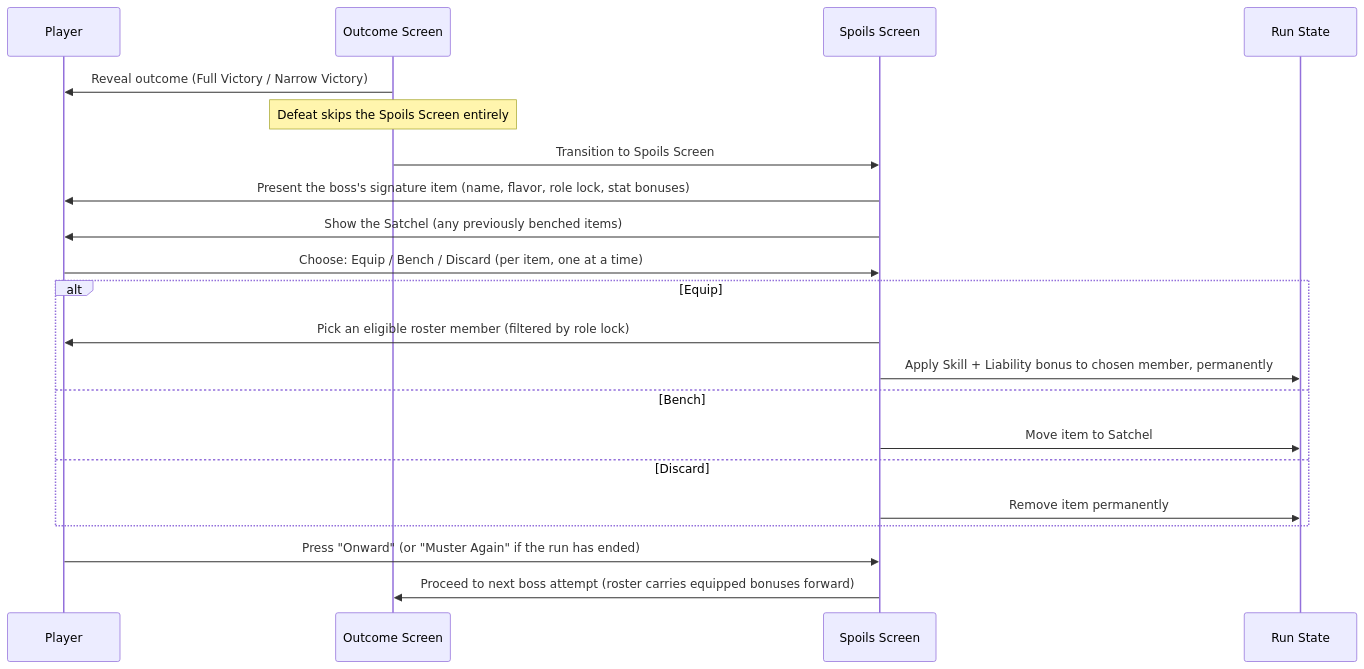
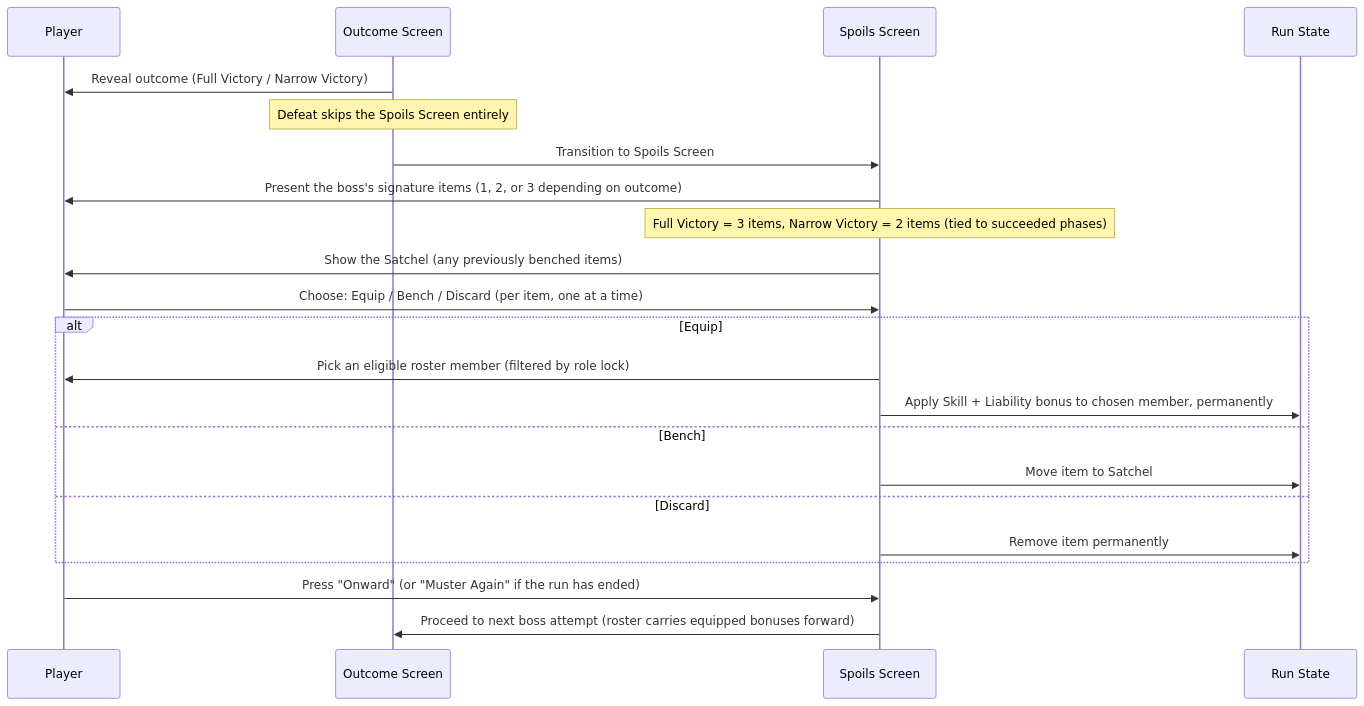
The diagram in docs/features/v2/components/loot.md (g-trinh/raid-manager), drawn with Mermaid before and after one commit. The commit also changed other lines of this file and 2 other files, not shown here.

First line of the commit message:
design(loot): expand signature loot to 3 items per boss, drop count by outcome

````diff
--- a/docs/features/v2/components/loot.md
+++ b/docs/features/v2/components/loot.md
@@ -154,24 +217,25 @@
 ```mermaid
 sequenceDiagram
     participant P as Player
     participant OS as Outcome Screen
     participant SS as Spoils Screen
     participant RS as Run State
 
     OS->>P: Reveal outcome (Full Victory / Narrow Victory)
     Note over OS: Defeat skips the Spoils Screen entirely
     OS->>SS: Transition to Spoils Screen
-    SS->>P: Present the boss's signature item (name, flavor, role lock, stat bonuses)
+    SS->>P: Present the boss's signature items (1, 2, or 3 depending on outcome)
+    Note over SS: Full Victory = 3 items, Narrow Victory = 2 items (tied to succeeded phases)
     SS->>P: Show the Satchel (any previously benched items)
     P->>SS: Choose: Equip / Bench / Discard (per item, one at a time)
     alt Equip
         SS->>P: Pick an eligible roster member (filtered by role lock)
         SS->>RS: Apply Skill + Liability bonus to chosen member, permanently
     else Bench
         SS->>RS: Move item to Satchel
     else Discard
         SS->>RS: Remove item permanently
     end
     P->>SS: Press "Onward" (or "Muster Again" if the run has ended)
     SS->>OS: Proceed to next boss attempt (roster carries equipped bonuses forward)
 ```
````
